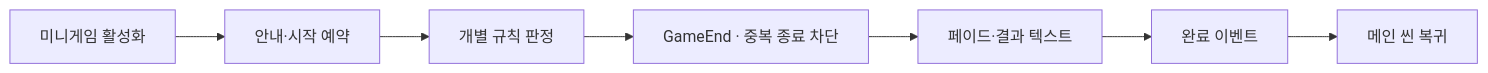
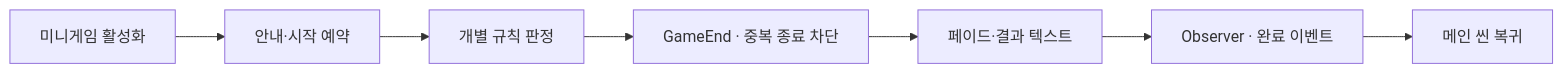
Before and after one commit to 1Seong/SaveTheWorld: the diagram in portfolio/minigames/README.md, drawn with Mermaid. The commit also changed other lines of this file and 1 other file, not shown here.

````diff
--- a/portfolio/minigames/README.md
+++ b/portfolio/minigames/README.md
@@ -7,9 +7,9 @@
 ```mermaid
 flowchart LR
   A["미니게임 활성화"] --> B["안내·시작 예약"]
   B --> C["개별 규칙 판정"]
   C --> D["GameEnd · 중복 종료 차단"]
   D --> E["페이드·결과 텍스트"]
-  E --> F["완료 이벤트"]
+  E --> F["Observer · 완료 이벤트"]
   F --> G["메인 씬 복귀"]
 ```
````
